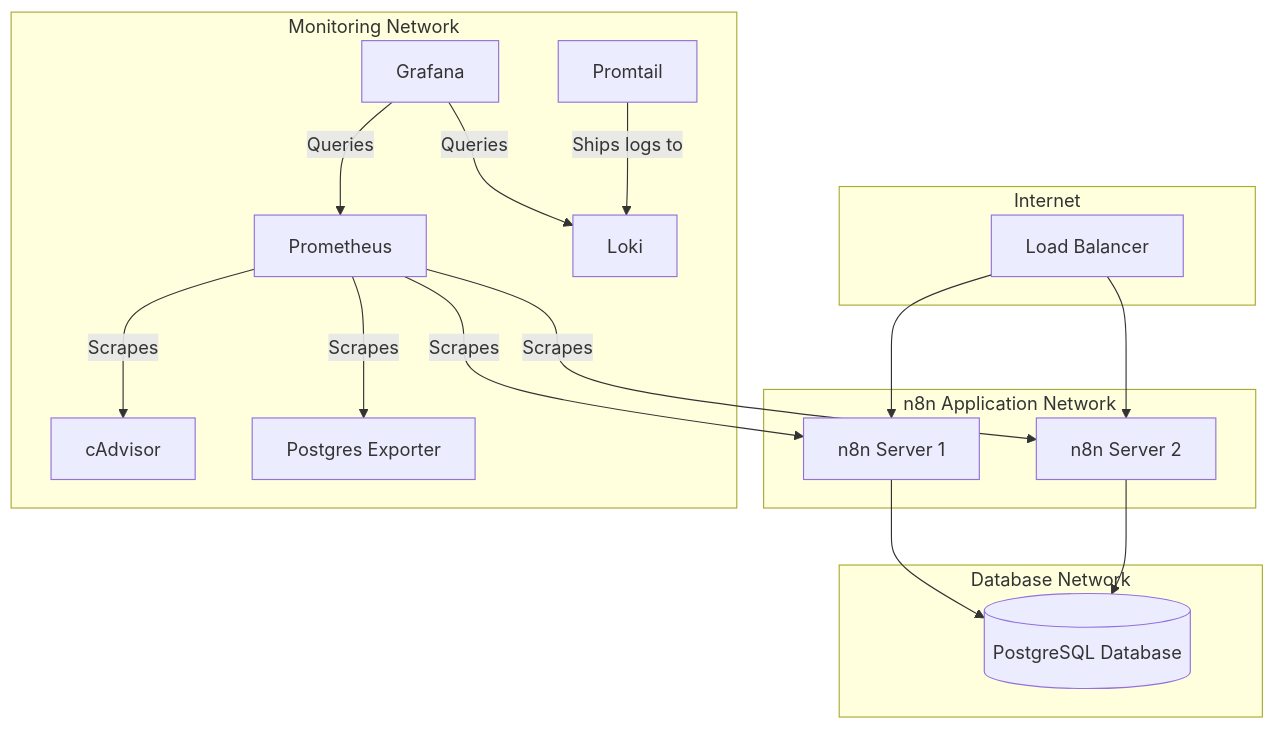
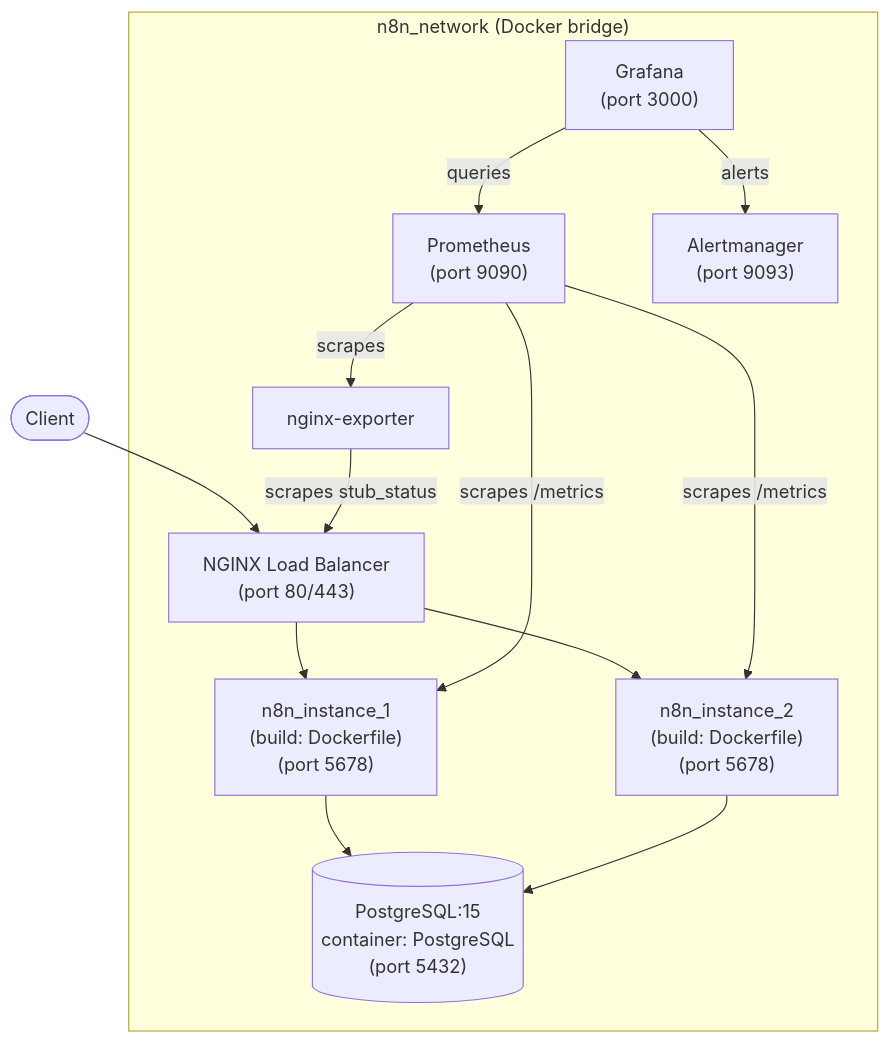
One commit to sword76/n8n changed the diagram in project_architecture.md. Above: the diagram before and after it, drawn with Mermaid. The commit also changed other lines of this file and 7 other files, not shown here.

````diff
--- a/project_architecture.md
+++ b/project_architecture.md
@@ -9,40 +9,30 @@
 ```mermaid
 graph TD
-    subgraph Internet
-        LB[Load Balancer]
+    subgraph "n8n_network (Docker bridge)"
+        LB["NGINX Load Balancer\n(port 80/443)"]
+        N8N1["n8n_instance_1\n(build: Dockerfile)\n(port 5678)"]
+        N8N2["n8n_instance_2\n(build: Dockerfile)\n(port 5678)"]
+        DB[("PostgreSQL:15\ncontainer: PostgreSQL\n(port 5432)")]
+
+        NginxExporter[nginx-exporter]
+        Prometheus["Prometheus\n(port 9090)"]
+        Grafana["Grafana\n(port 3000)"]
+        Alertmanager["Alertmanager\n(port 9093)"]
     end
 
-    subgraph "n8n Application Network"
-        N8N1[n8n Server 1]
-        N8N2[n8n Server 2]
-    end
-
-    subgraph "Database Network"
-        DB[(PostgreSQL Database)]
-    end
-
-    subgraph "Monitoring Network"
-        Prometheus[Prometheus]
-        Grafana[Grafana]
-        Loki[Loki]
-        Promtail[Promtail]
-        cAdvisor[cAdvisor]
-        PostgresExporter[Postgres Exporter]
-    end
+    Client([Client]) --> LB
 
     LB --> N8N1
     LB --> N8N2
 
     N8N1 --> DB
     N8N2 --> DB
 
-    Prometheus -- Scrapes --> cAdvisor
-    Prometheus -- Scrapes --> PostgresExporter
-    Prometheus -- Scrapes --> N8N1
-    Prometheus -- Scrapes --> N8N2
+    NginxExporter -- scrapes stub_status --> LB
+    Prometheus -- scrapes --> NginxExporter
+    Prometheus -- scrapes /metrics --> N8N1
+    Prometheus -- scrapes /metrics --> N8N2
 
-    Promtail -- Ships logs to --> Loki
-
-    Grafana -- Queries --> Prometheus
-    Grafana -- Queries --> Loki
+    Grafana -- queries --> Prometheus
+    Grafana -- alerts --> Alertmanager
 ```
````
